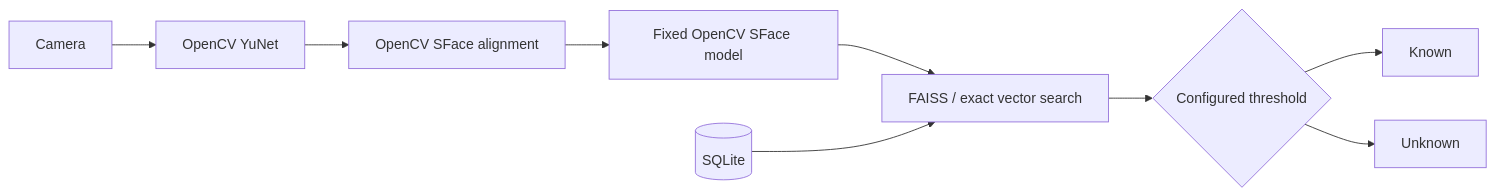
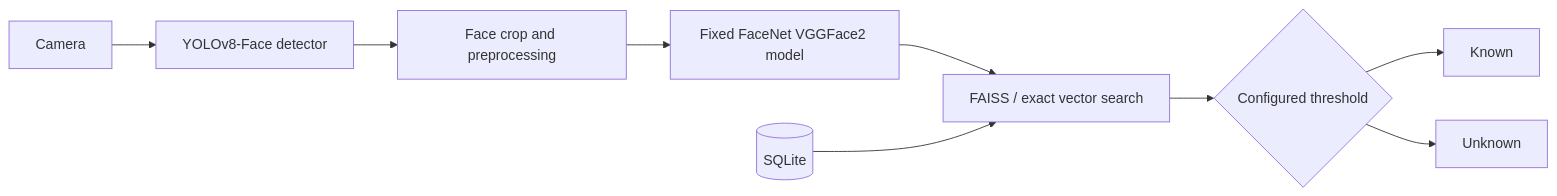
The diagram in docs/architecture.md (Vedulaudayeaswar/faceview), drawn with Mermaid before and after one commit. The commit also changed 15 other files, not shown here.

Commit message:
Replace YuNet SFace pipeline with YOLO FaceNet

````diff
--- a/docs/architecture.md
+++ b/docs/architecture.md
@@ -5,9 +5,9 @@
 ```mermaid
 flowchart LR
-  Camera --> Detect[OpenCV YuNet] --> Align[OpenCV SFace alignment] --> Embed[Fixed OpenCV SFace model]
+  Camera --> Detect[YOLOv8-Face detector] --> Align[Face crop and preprocessing] --> Embed[Fixed FaceNet VGGFace2 model]
   Embed --> Search[FAISS / exact vector search]
   Search --> Threshold{Configured threshold}
   Threshold --> Known
   Threshold --> Unknown
   IdentityDB[(SQLite)] --> Search
 ```
````
